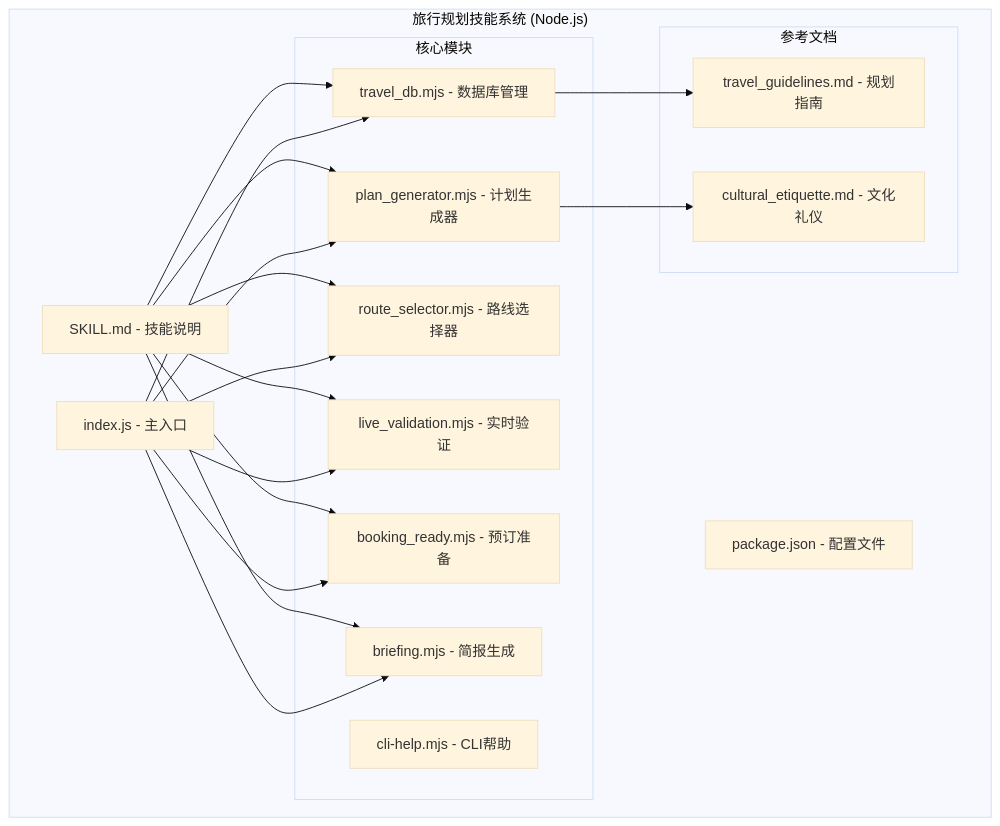
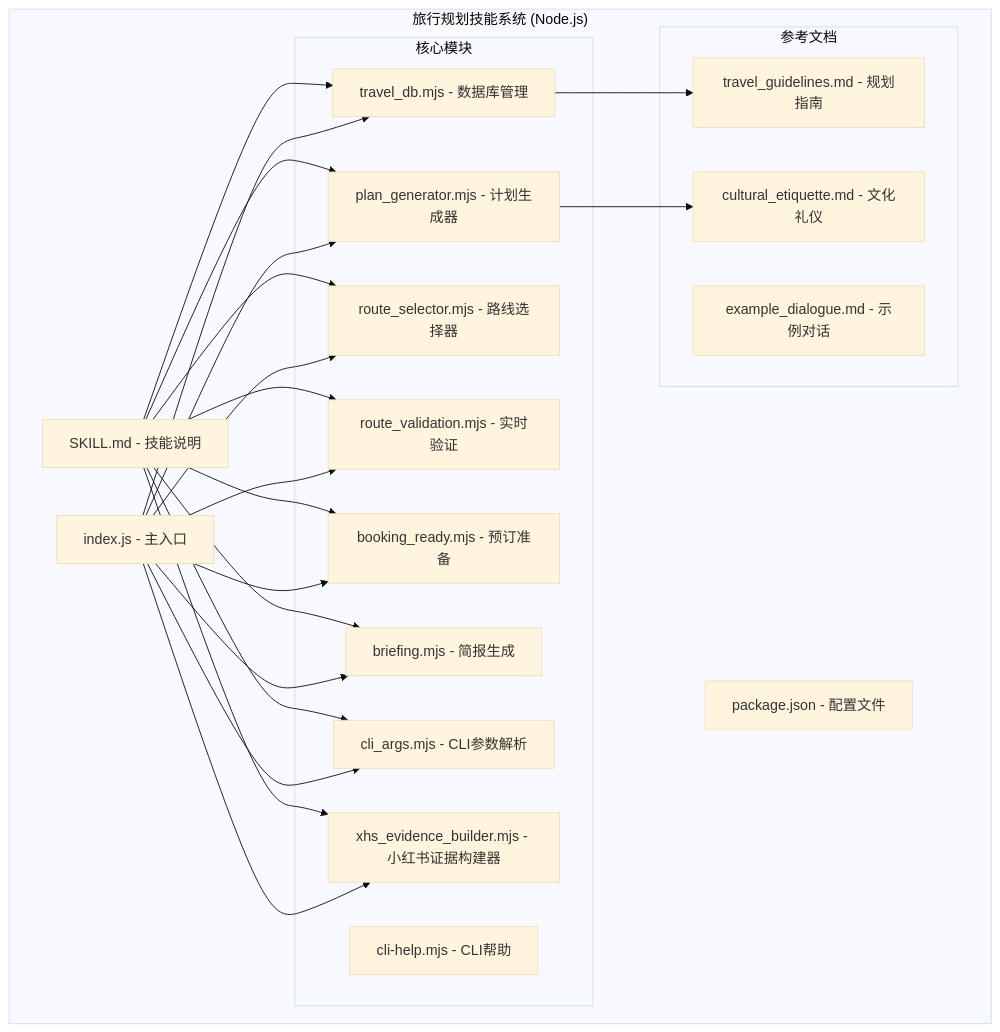
Before and after one commit to verse-ai-org/openclaw: the first of 8 diagrams in .qoder/repowiki/zh/content/技能平台/内置技能/旅行规划技能系统.md, drawn with Mermaid (base theme). The commit also changed other lines of this file and 16 other files, not shown here.

````diff
--- a/.qoder/repowiki/zh/content/技能平台/内置技能/旅行规划技能系统.md
+++ b/.qoder/repowiki/zh/content/技能平台/内置技能/旅行规划技能系统.md
@@ -60,35 +70,42 @@
 ```mermaid
 graph TB
 subgraph "旅行规划技能系统 (Node.js)"
 A[SKILL.md - 技能说明]
 B[index.js - 主入口]
 C[package.json - 配置文件]
 subgraph "核心模块"
 D[travel_db.mjs - 数据库管理]
 E[plan_generator.mjs - 计划生成器]
 F[route_selector.mjs - 路线选择器]
-G[live_validation.mjs - 实时验证]
+G[route_validation.mjs - 实时验证]
 H[booking_ready.mjs - 预订准备]
 I[briefing.mjs - 简报生成]
-J[cli-help.mjs - CLI帮助]
+J[cli_args.mjs - CLI参数解析]
+K[xhs_evidence_builder.mjs - 小红书证据构建器]
+L[cli-help.mjs - CLI帮助]
 end
 subgraph "参考文档"
-K[travel_guidelines.md - 规划指南]
-L[cultural_etiquette.md - 文化礼仪]
+M[travel_guidelines.md - 规划指南]
+N[cultural_etiquette.md - 文化礼仪]
+O[example_dialogue.md - 示例对话]
 end
 end
 A --> D
 A --> E
 A --> F
 A --> G
 A --> H
 A --> I
-D --> K
-E --> L
+A --> J
+A --> K
+D --> M
+E --> N
 B --> D
 B --> E
 B --> F
 B --> G
 B --> H
 B --> I
+B --> J
+B --> K
 ```
````
